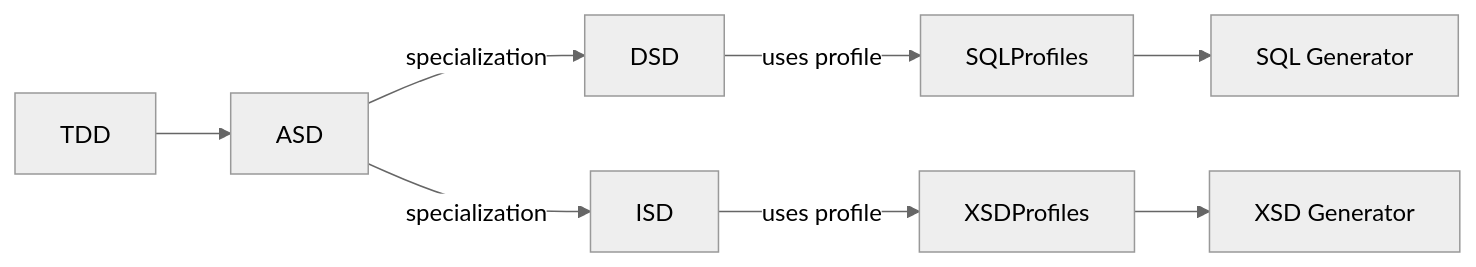
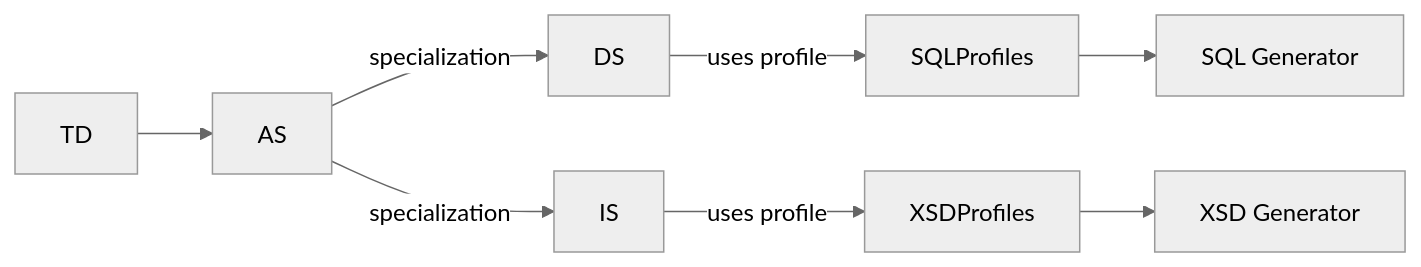
One commit to Algites-EU/pub.pltf.Modustro changed the seventh of 9 diagrams in specs/dsl/Modustro-DSL-And-Core-Concepts.md. Above: the diagram before and after it, drawn with Mermaid (neutral theme). The commit also changed other lines of this file and 4 other files, not shown here.

````diff
--- a/specs/dsl/Modustro-DSL-And-Core-Concepts.md
+++ b/specs/dsl/Modustro-DSL-And-Core-Concepts.md
@@ -587,13 +580,13 @@
 ```mermaid
 flowchart LR
-    TDD --> ASD
+    TD --> AS
 
-    ASD -->|specialization| DSD
-    ASD -->|specialization| ISD
+    AS -->|specialization| DS
+    AS -->|specialization| IS
 
-    DSD -->|uses profile| SQLProfiles
-    ISD -->|uses profile| XSDProfiles
+    DS -->|uses profile| SQLProfiles
+    IS -->|uses profile| XSDProfiles
 
     SQLProfiles --> SQLGen[SQL Generator]
     XSDProfiles --> XSDGen[XSD Generator]
 ```
````
